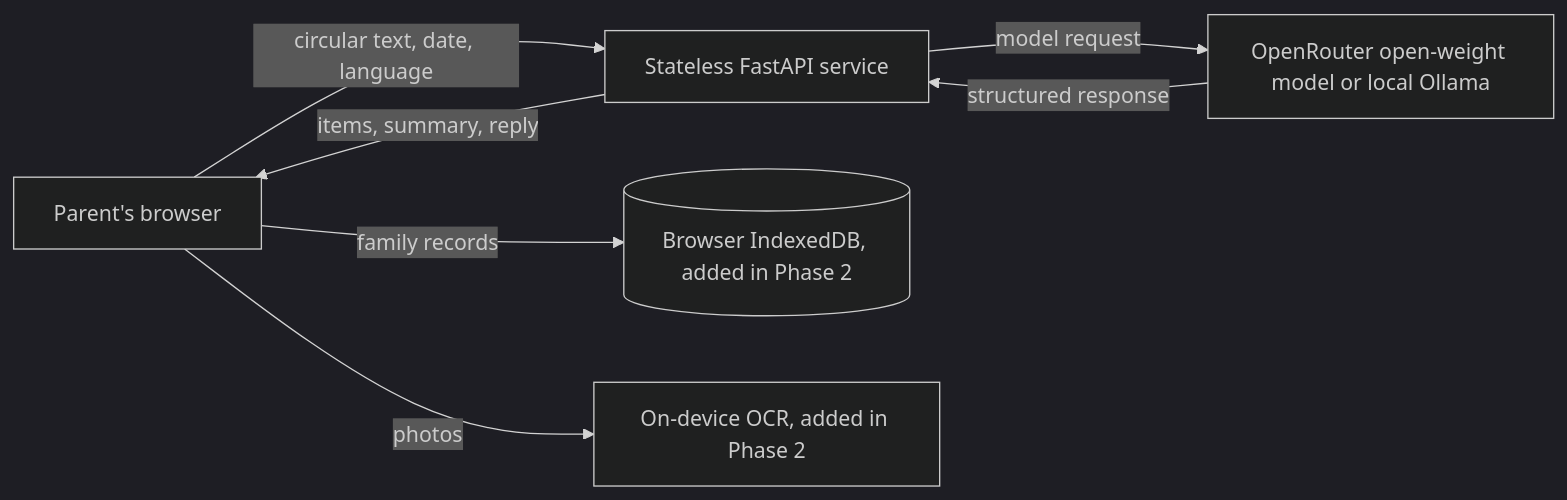
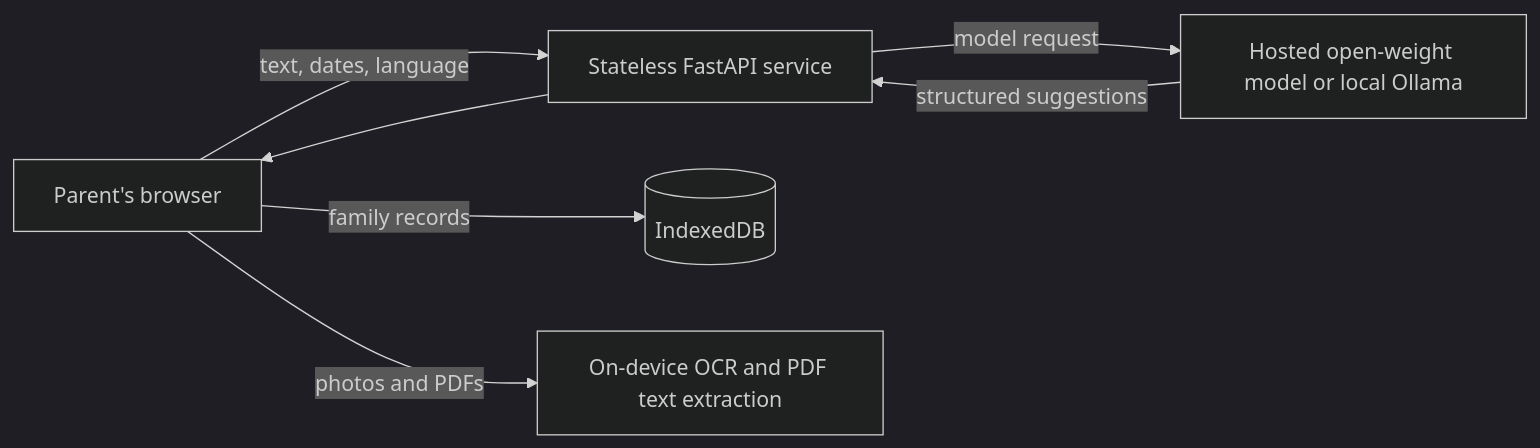
Before and after one commit to Bhavya4523/circular-sloth: the diagram in README.md, drawn with Mermaid (dark theme). The commit also changed other lines of this file and 8 other files, not shown here.

Commit message:
Complete Circular Sloth Phase 4 evaluation

````diff
--- a/README.md
+++ b/README.md
@@ -15,9 +17,8 @@
 ```mermaid
 flowchart LR
-  P[Parent's browser] -->|circular text, date, language| S[Stateless FastAPI service]
-  P -->|family records| IDB[(Browser IndexedDB, added in Phase 2)]
-  P -->|photos| OCR[On-device OCR, added in Phase 2]
-  S -->|model request| M[OpenRouter open-weight model or local Ollama]
-  M -->|structured response| S
-  S -->|items, summary, reply| P
+  P[Parent's browser] -->|text, dates, language| S[Stateless FastAPI service]
+  P -->|family records| IDB[(IndexedDB)]
+  P -->|photos and PDFs| OCR[On-device OCR and PDF text extraction]
+  S -->|model request| M[Hosted open-weight model or local Ollama]
+  M -->|structured suggestions| S --> P
 ```
````
